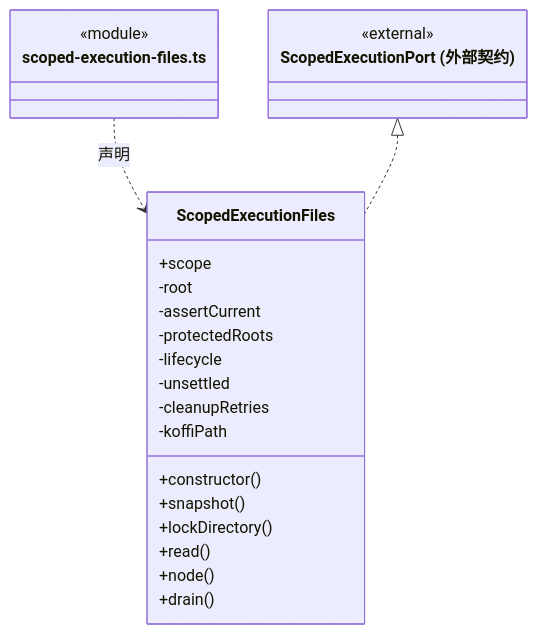
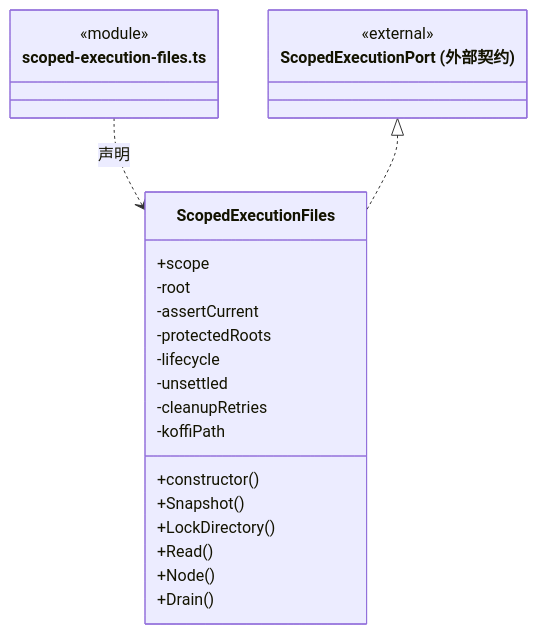
One commit to nan023062/cbim changed diagram 12 of 14 in src/logic/file-operations/platform/files/ARCHITECTURE.md. Above: the diagram before and after it, drawn with Mermaid. The commit also changed other lines of this file and 1035 other files, not shown here.

````diff
--- a/src/logic/file-operations/platform/files/ARCHITECTURE.md
+++ b/src/logic/file-operations/platform/files/ARCHITECTURE.md
@@ -285,27 +285,27 @@
 ```mermaid
 classDiagram
 class N_src_logic_file_operations_platform_files_scoped_execution_files_ts["scoped-execution-files.ts"] {
   <<module>>
 }
 class N_src_logic_file_operations_platform_files_scoped_execution_files_ts_ScopedExecutionFiles["ScopedExecutionFiles"] {
   +scope
   +constructor()
-  +snapshot()
-  +lockDirectory()
-  +read()
-  +node()
-  +drain()
+  +Snapshot()
+  +LockDirectory()
+  +Read()
+  +Node()
+  +Drain()
   -root
   -assertCurrent
   -protectedRoots
   -lifecycle
   -unsettled
   -cleanupRetries
   -koffiPath
 }
 N_src_logic_file_operations_platform_files_scoped_execution_files_ts ..> N_src_logic_file_operations_platform_files_scoped_execution_files_ts_ScopedExecutionFiles : 声明
 class N_src_logic_file_operations_platform_files_scoped_execution_files_ts_external_ScopedExecutionPort["ScopedExecutionPort (外部契约)"] {
   <<external>>
 }
 N_src_logic_file_operations_platform_files_scoped_execution_files_ts_external_ScopedExecutionPort <|.. N_src_logic_file_operations_platform_files_scoped_execution_files_ts_ScopedExecutionFiles
 ```
````
